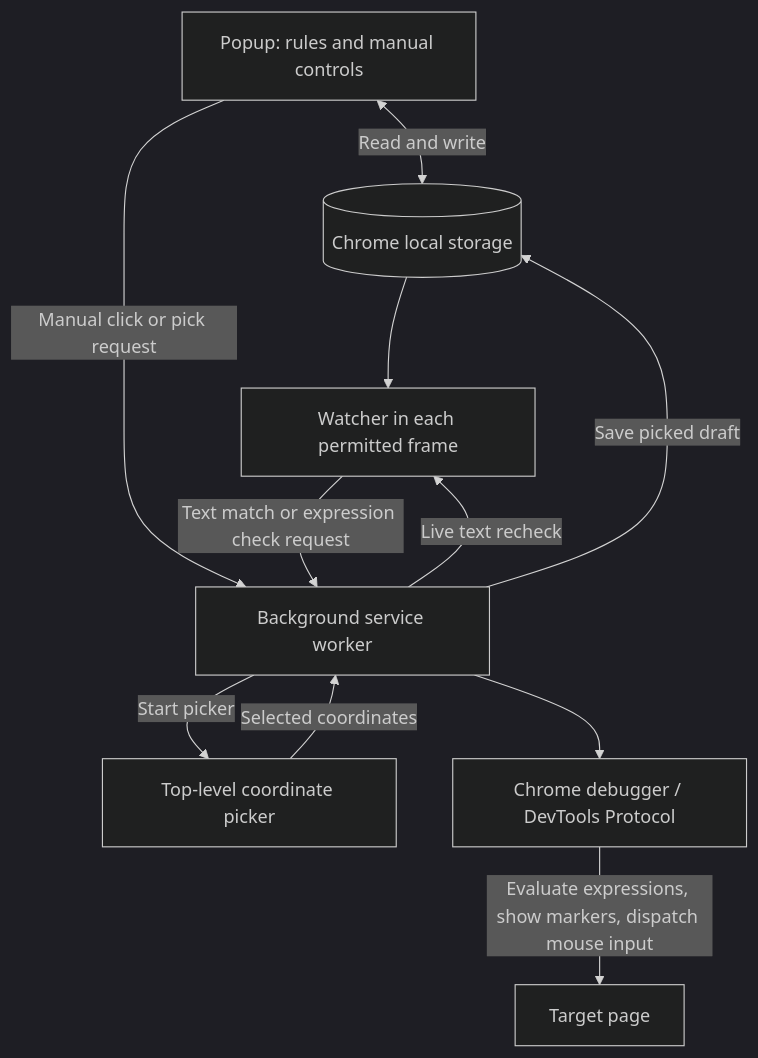
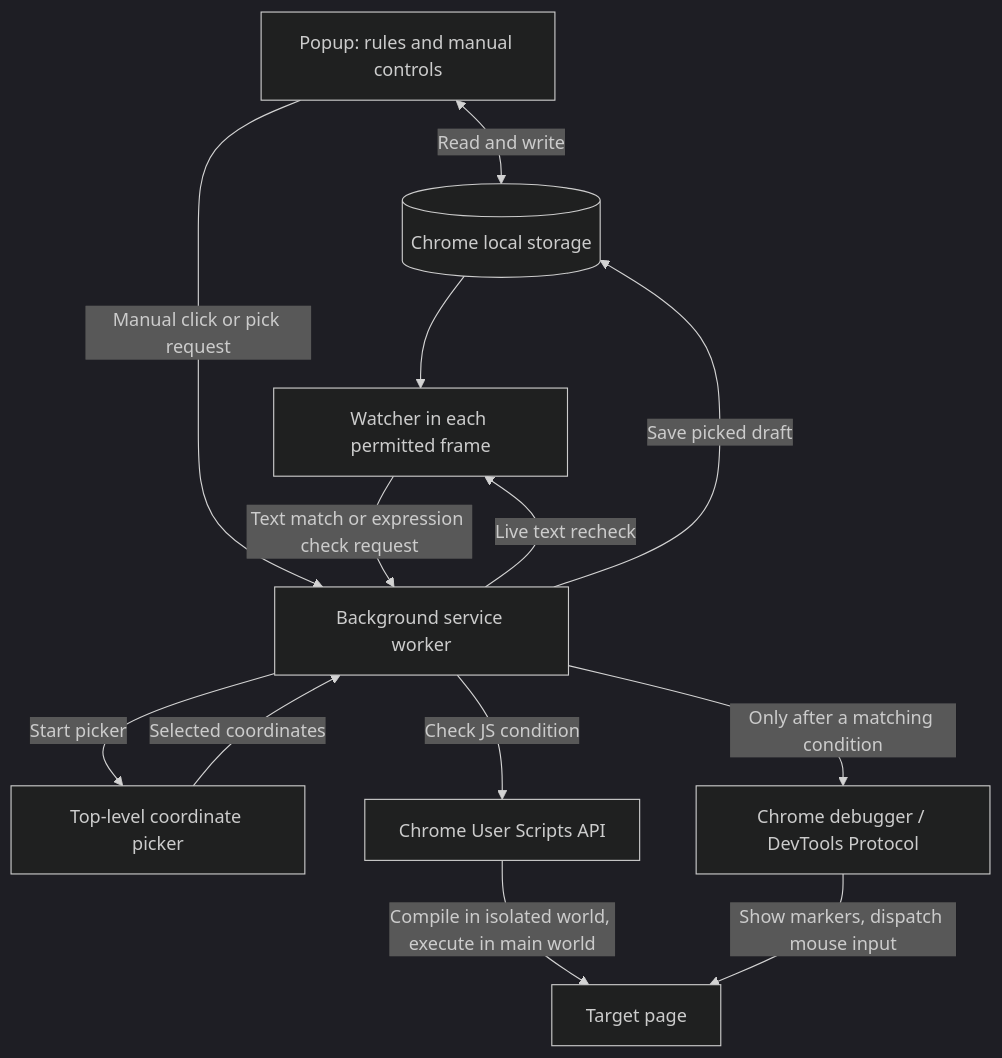
Before and after one commit to blowhacker/clickyphus: the diagram in ARCHITECTURE.md, drawn with Mermaid (dark theme). The commit also changed other lines of this file and 8 other files, not shown here.

````diff
--- a/ARCHITECTURE.md
+++ b/ARCHITECTURE.md
@@ -18,13 +18,15 @@
 ```mermaid
 flowchart TD
     Popup[Popup: rules and manual controls] <-->|Read and write| Storage[(Chrome local storage)]
     Storage --> Watcher[Watcher in each permitted frame]
     Popup -->|Manual click or pick request| Worker[Background service worker]
     Watcher -->|Text match or expression check request| Worker
     Worker -->|Live text recheck| Watcher
     Worker -->|Start picker| Picker[Top-level coordinate picker]
     Picker -->|Selected coordinates| Worker
     Worker -->|Save picked draft| Storage
-    Worker --> Debugger[Chrome debugger / DevTools Protocol]
-    Debugger -->|Evaluate expressions, show markers, dispatch mouse input| Page[Target page]
+    Worker -->|Check JS condition| Scripts[Chrome User Scripts API]
+    Scripts -->|Compile in isolated world, execute in main world| Page[Target page]
+    Worker -->|Only after a matching condition| Debugger[Chrome debugger / DevTools Protocol]
+    Debugger -->|Show markers, dispatch mouse input| Page
 ```
````
